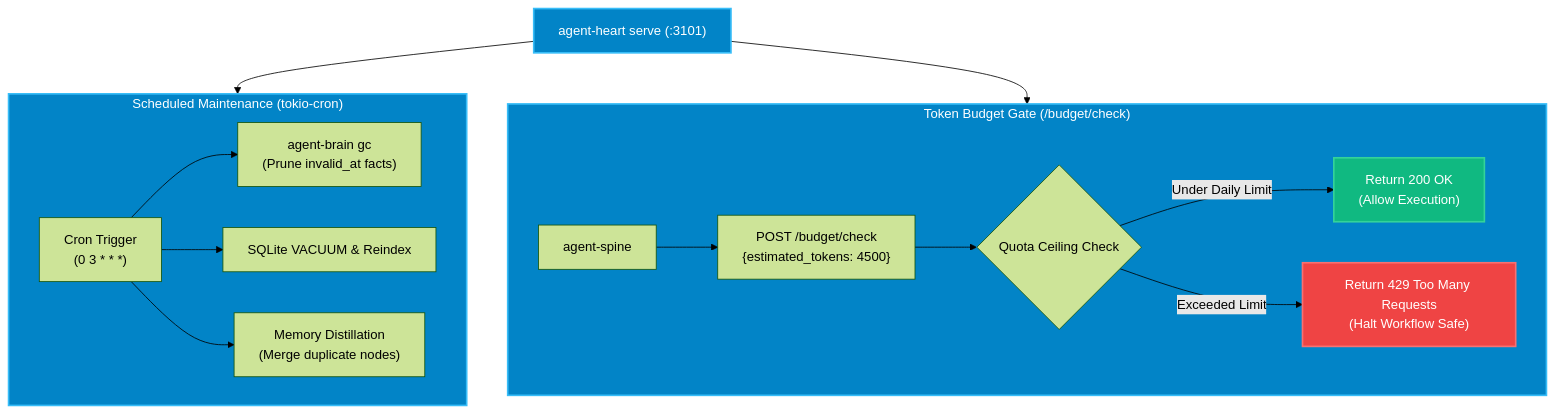
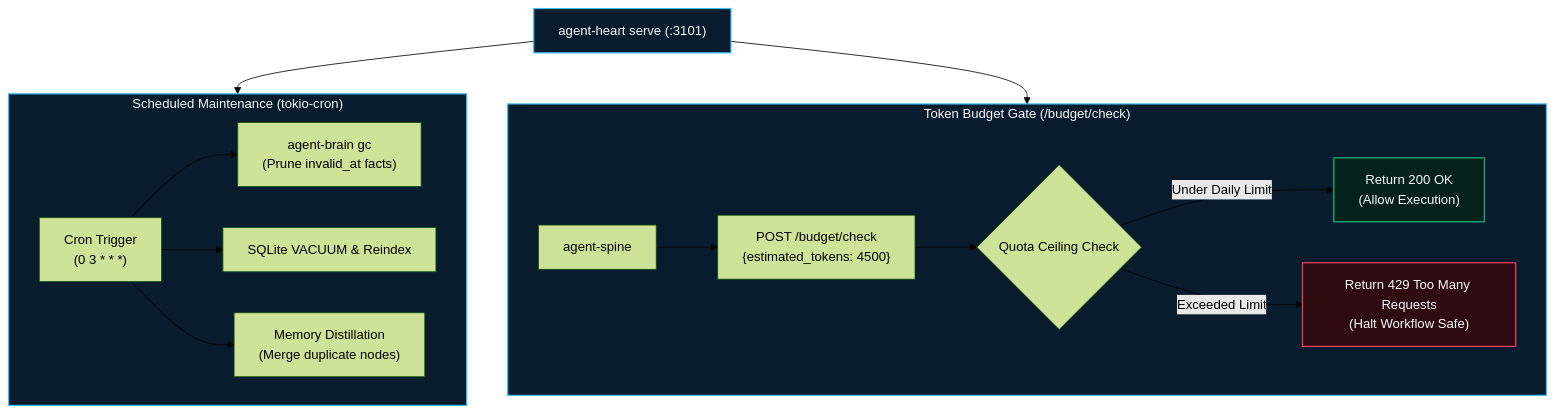
One commit to autonomic-ai-dev/website changed the diagram in src/routes/docs/maintenance/+page.md. Above: the diagram before and after it, drawn with Mermaid (forest theme). The commit also changed 13 other files, not shown here.

Commit message:
fix(docs): aerospace dark cybernetic palette for Mermaid charts and high-contrast labels

````diff
--- a/src/routes/docs/maintenance/+page.md
+++ b/src/routes/docs/maintenance/+page.md
@@ -9,27 +9,27 @@
 ```mermaid
 flowchart TD
     Daemon["agent-heart serve (:3101)"]
 
     subgraph ScheduledMaintenance["Scheduled Maintenance (tokio-cron)"]
         Cron["Cron Trigger\n(0 3 * * *)"] --> GC["agent-brain gc\n(Prune invalid_at facts)"]
         Cron --> Vac["SQLite VACUUM & Reindex"]
         Cron --> Distill["Memory Distillation\n(Merge duplicate nodes)"]
     end
 
     subgraph TokenBudgetGate["Token Budget Gate (/budget/check)"]
         Spine["agent-spine"] --> Req["POST /budget/check\n{estimated_tokens: 4500}"]
         Req --> Evaluator{"Quota Ceiling Check"}
         Evaluator -->|Under Daily Limit| Allow["Return 200 OK\n(Allow Execution)"]
         Evaluator -->|Exceeded Limit| Deny["Return 429 Too Many Requests\n(Halt Workflow Safe)"]
     end
 
     Daemon --> ScheduledMaintenance
     Daemon --> TokenBudgetGate
 
-    classDef core fill:#0284c7,stroke:#38bdf8,stroke-width:2px,color:#ffffff;
-    classDef gate fill:#ef4444,stroke:#f87171,stroke-width:2px,color:#ffffff;
-    classDef ok fill:#10b981,stroke:#34d399,stroke-width:2px,color:#ffffff;
+    classDef core fill:#081c2e,stroke:#38bdf8,stroke-width:1.5px,color:#f8fafc;
+    classDef gate fill:#2d0b0e,stroke:#f43f5e,stroke-width:1.5px,color:#f8fafc;
+    classDef ok fill:#04211a,stroke:#10b981,stroke-width:1.5px,color:#f8fafc;
     class Daemon,ScheduledMaintenance,TokenBudgetGate core;
     class Deny gate;
     class Allow ok;
 ```
````
